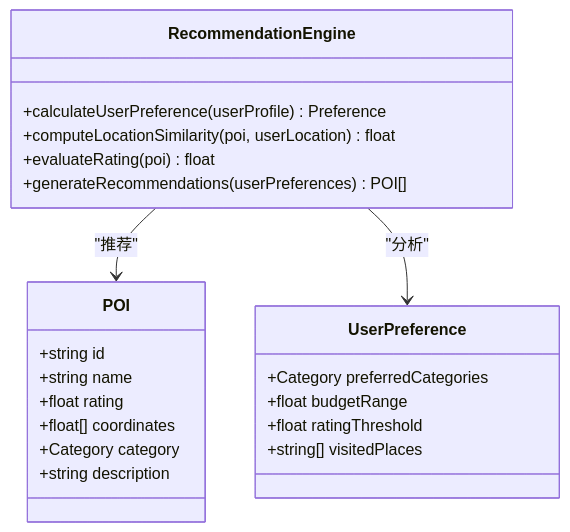
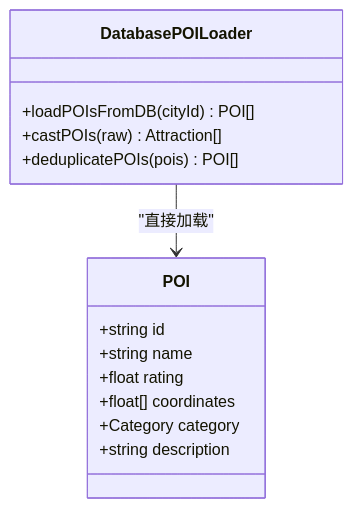
One commit to ititjjy/AITrip-plan changed the third of 15 diagrams in .qoder/repowiki/zh/content/项目概述/核心功能特性/POI搜索与推荐系统.md. Above: the diagram before and after it, drawn with Mermaid. The commit also changed other lines of this file and 144 other files, not shown here.

````diff
--- a/.qoder/repowiki/zh/content/项目概述/核心功能特性/POI搜索与推荐系统.md
+++ b/.qoder/repowiki/zh/content/项目概述/核心功能特性/POI搜索与推荐系统.md
@@ -122,25 +143,17 @@
 ```mermaid
 classDiagram
-class RecommendationEngine {
-+calculateUserPreference(userProfile) Preference
-+computeLocationSimilarity(poi, userLocation) float
-+evaluateRating(poi) float
-+generateRecommendations(userPreferences) POI[]
+class DatabasePOILoader {
++loadPOIsFromDB(cityId) POI[]
++castPOIs(raw) Attraction[]
++deduplicatePOIs(pois) POI[]
 }
 class POI {
 +string id
 +string name
 +float rating
 +float[] coordinates
 +Category category
 +string description
 }
-class UserPreference {
-+Category preferredCategories
-+float budgetRange
-+float ratingThreshold
-+string[] visitedPlaces
-}
-RecommendationEngine --> POI : "推荐"
-RecommendationEngine --> UserPreference : "分析"
+DatabasePOILoader --> POI : "直接加载"
 ```
````
